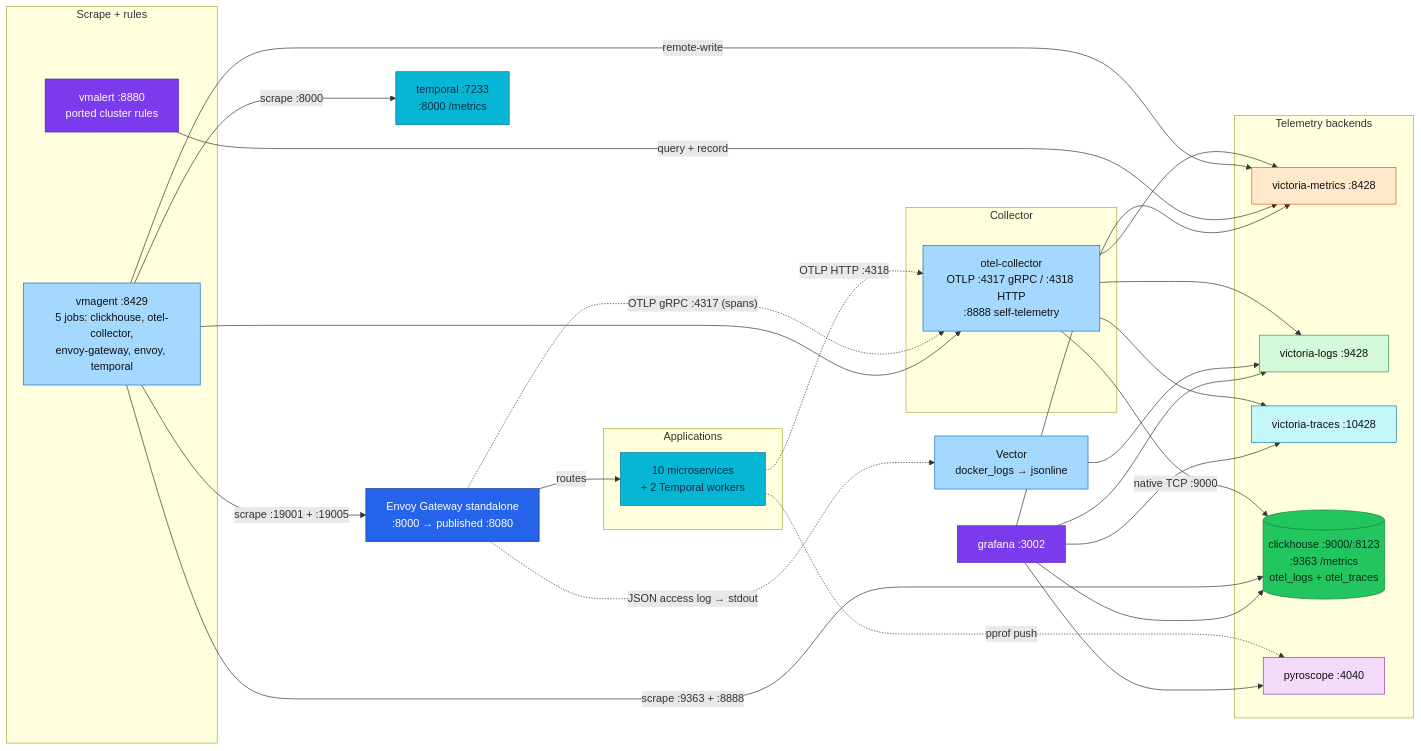
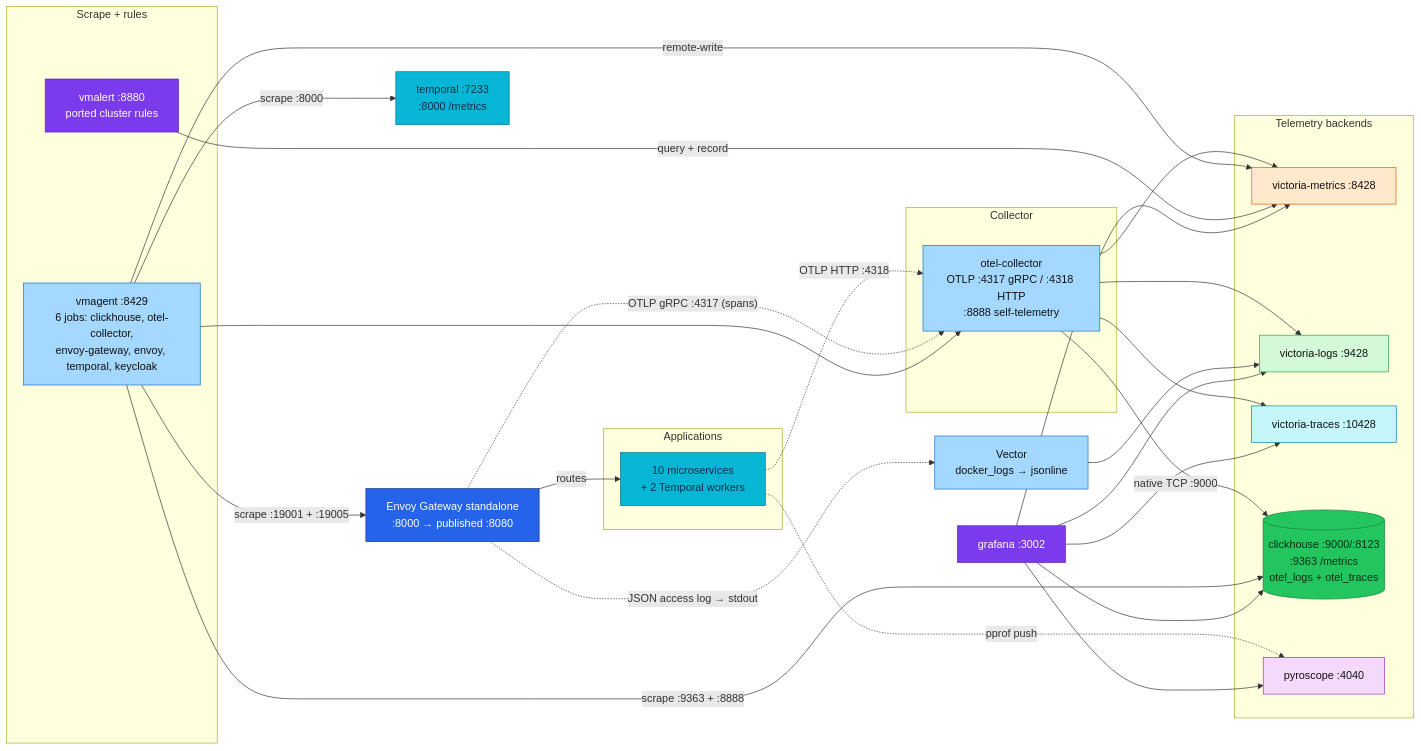
Before and after one commit to duynhlab/homelab: the diagram in local-stack/docs/observability.md, drawn with Mermaid. The commit also changed other lines of this file and 5 other files, not shown here.

````diff
--- a/local-stack/docs/observability.md
+++ b/local-stack/docs/observability.md
@@ -36,62 +36,62 @@
 ```mermaid
 flowchart LR
   subgraph apps["Applications"]
     SVC["10 microservices<br/>+ 2 Temporal workers"]:::service
   end
 
   EDGE["Envoy Gateway standalone<br/>:8000 → published :8080"]:::edge
 
   subgraph collect["Collector"]
     OTEL["otel-collector<br/>OTLP :4317 gRPC / :4318 HTTP<br/>:8888 self-telemetry"]:::collector
   end
 
   VEC["Vector<br/>docker_logs → jsonline"]:::collector
 
   subgraph scrape["Scrape + rules"]
-    VMA["vmagent :8429<br/>5 jobs: clickhouse, otel-collector,<br/>envoy-gateway, envoy, temporal"]:::collector
+    VMA["vmagent :8429<br/>6 jobs: clickhouse, otel-collector,<br/>envoy-gateway, envoy, temporal, keycloak"]:::collector
     VMAL["vmalert :8880<br/>ported cluster rules"]:::platform
   end
 
   subgraph backends["Telemetry backends"]
     VM["victoria-metrics :8428"]:::metric
     VL["victoria-logs :9428"]:::log
     VT["victoria-traces :10428"]:::trace
     CH[("clickhouse :9000/:8123<br/>:9363 /metrics<br/>otel_logs + otel_traces")]:::data
     PY["pyroscope :4040"]:::profile
   end
 
   GR["grafana :3002"]:::platform
 
   EDGE -->|routes| SVC
   SVC -.->|"OTLP HTTP :4318"| OTEL
   EDGE -.->|"OTLP gRPC :4317 (spans)"| OTEL
   EDGE -.->|"JSON access log → stdout"| VEC
   SVC -.->|pprof push| PY
 
   OTEL --> VM
   OTEL --> VL
   OTEL --> VT
   OTEL -->|"native TCP :9000"| CH
   VEC --> VL
 
   TMP["temporal :7233<br/>:8000 /metrics"]:::service
 
   VMA -->|"scrape :9363 + :8888"| CH
   VMA --> OTEL
   VMA -->|"scrape :19001 + :19005"| EDGE
   VMA -->|"scrape :8000"| TMP
   VMA -->|remote-write| VM
   VMAL -->|"query + record"| VM
 
   GR --> VM & VL & VT & CH & PY
 
   classDef edge fill:#2563eb,color:#fff,stroke:#1e3a8a;
   classDef service fill:#06b6d4,color:#082f49,stroke:#0e7490;
   classDef platform fill:#7c3aed,color:#fff,stroke:#5b21b6;
   classDef data fill:#22c55e,color:#052e16,stroke:#15803d;
   classDef metric fill:#ffe8cc,color:#111,stroke:#e8590c;
   classDef log fill:#d3f9d8,color:#111,stroke:#2f9e44;
   classDef trace fill:#c5f6fa,color:#111,stroke:#0c8599;
   classDef profile fill:#f3d9fa,color:#111,stroke:#9c36b5;
   classDef collector fill:#a5d8ff,color:#111,stroke:#1971c2;
 ```
````
